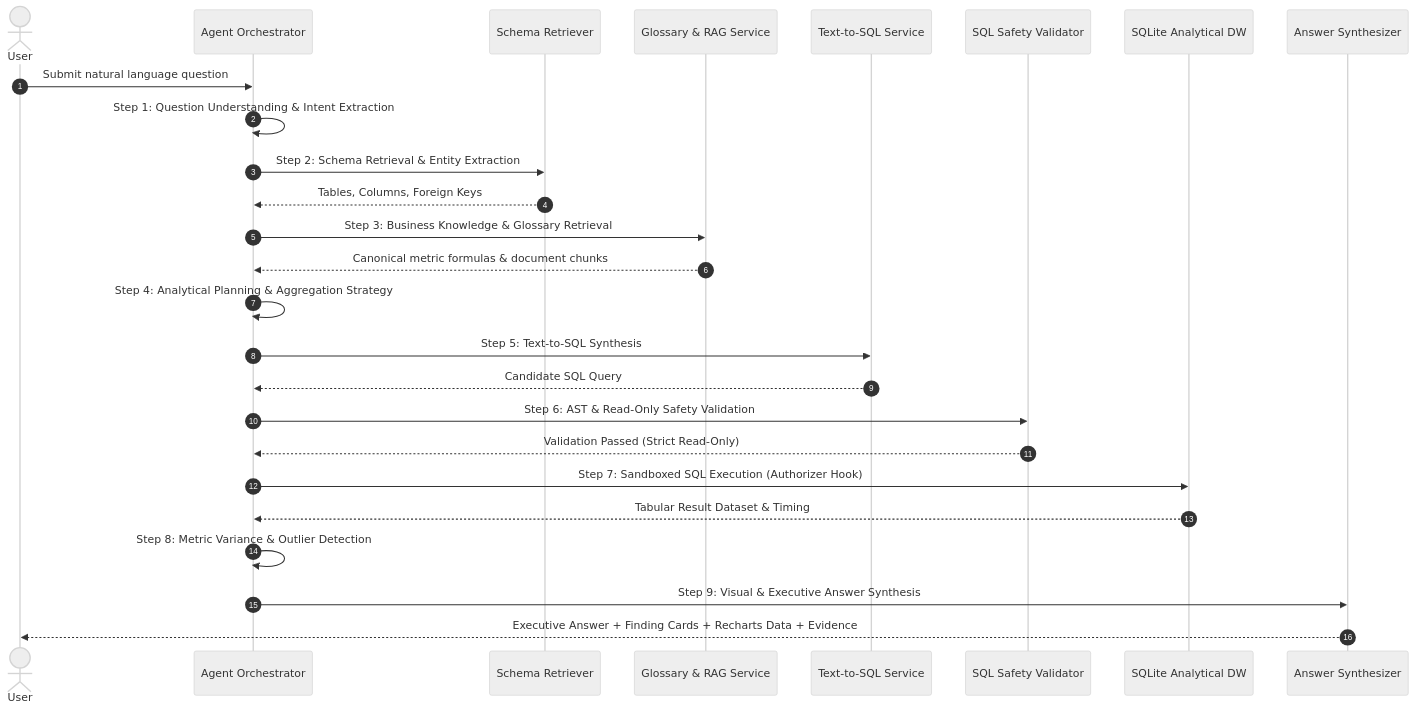
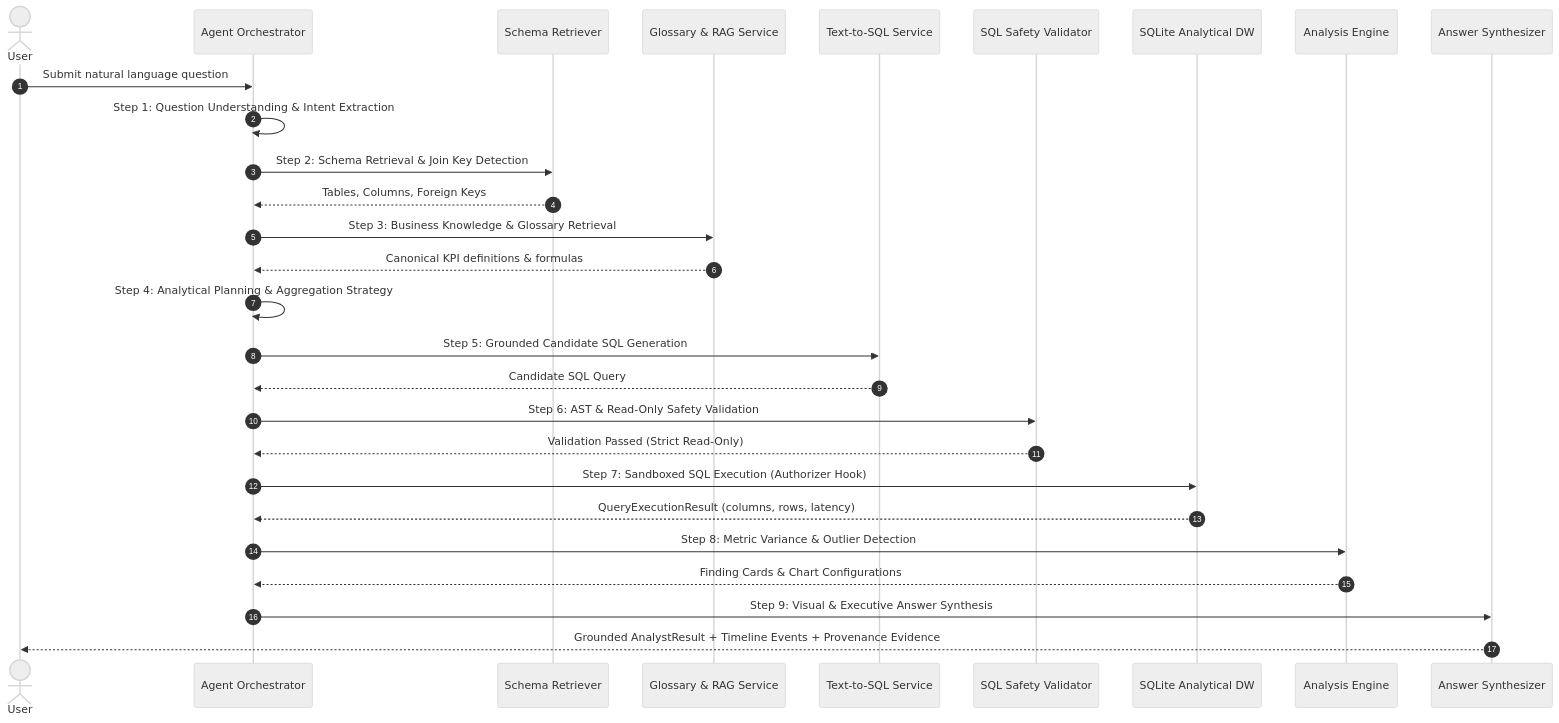
The second of 2 diagrams in docs/ARCHITECTURE.md (CodeMindsX-max/AI-Analyst), drawn with Mermaid (neutral theme) before and after one commit. The commit also changed other lines of this file and 42 other files, not shown here.

````diff
--- a/docs/ARCHITECTURE.md
+++ b/docs/ARCHITECTURE.md
@@ -46,29 +79,31 @@
 ```mermaid
 sequenceDiagram
     autonumber
     actor User
     participant Orch as Agent Orchestrator
     participant Schema as Schema Retriever
     participant RAG as Glossary & RAG Service
     participant Text2SQL as Text-to-SQL Service
     participant Validator as SQL Safety Validator
     participant DB as SQLite Analytical DW
+    participant Analysis as Analysis Engine
     participant Synth as Answer Synthesizer
 
     User->>Orch: Submit natural language question
     Orch->>Orch: Step 1: Question Understanding & Intent Extraction
-    Orch->>Schema: Step 2: Schema Retrieval & Entity Extraction
+    Orch->>Schema: Step 2: Schema Retrieval & Join Key Detection
     Schema-->>Orch: Tables, Columns, Foreign Keys
     Orch->>RAG: Step 3: Business Knowledge & Glossary Retrieval
-    RAG-->>Orch: Canonical metric formulas & document chunks
+    RAG-->>Orch: Canonical KPI definitions & formulas
     Orch->>Orch: Step 4: Analytical Planning & Aggregation Strategy
-    Orch->>Text2SQL: Step 5: Text-to-SQL Synthesis
+    Orch->>Text2SQL: Step 5: Grounded Candidate SQL Generation
     Text2SQL-->>Orch: Candidate SQL Query
     Orch->>Validator: Step 6: AST & Read-Only Safety Validation
     Validator-->>Orch: Validation Passed (Strict Read-Only)
     Orch->>DB: Step 7: Sandboxed SQL Execution (Authorizer Hook)
-    DB-->>Orch: Tabular Result Dataset & Timing
-    Orch->>Orch: Step 8: Metric Variance & Outlier Detection
+    DB-->>Orch: QueryExecutionResult (columns, rows, latency)
+    Orch->>Analysis: Step 8: Metric Variance & Outlier Detection
+    Analysis-->>Orch: Finding Cards & Chart Configurations
     Orch->>Synth: Step 9: Visual & Executive Answer Synthesis
-    Synth-->>User: Executive Answer + Finding Cards + Recharts Data + Evidence
+    Synth-->>User: Grounded AnalystResult + Timeline Events + Provenance Evidence
 ```
````
